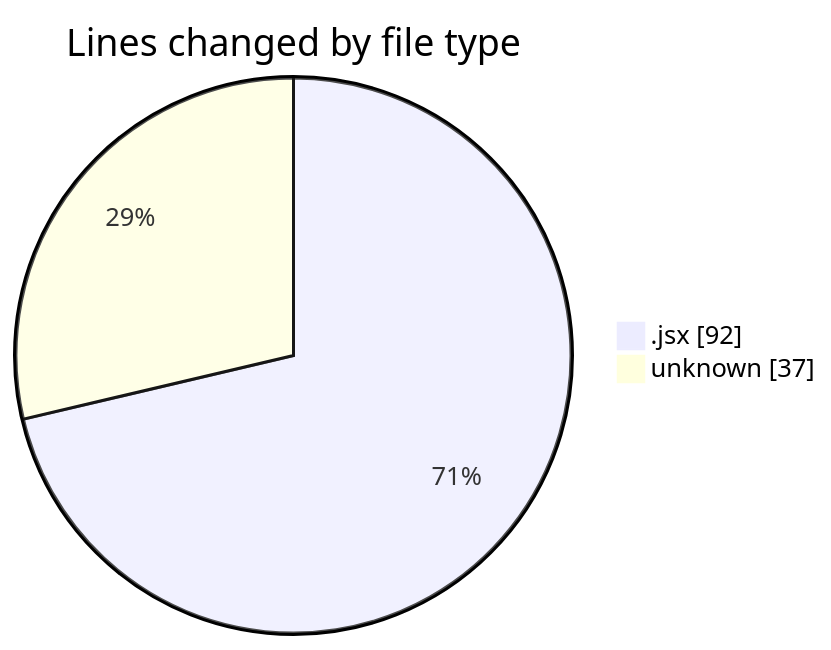
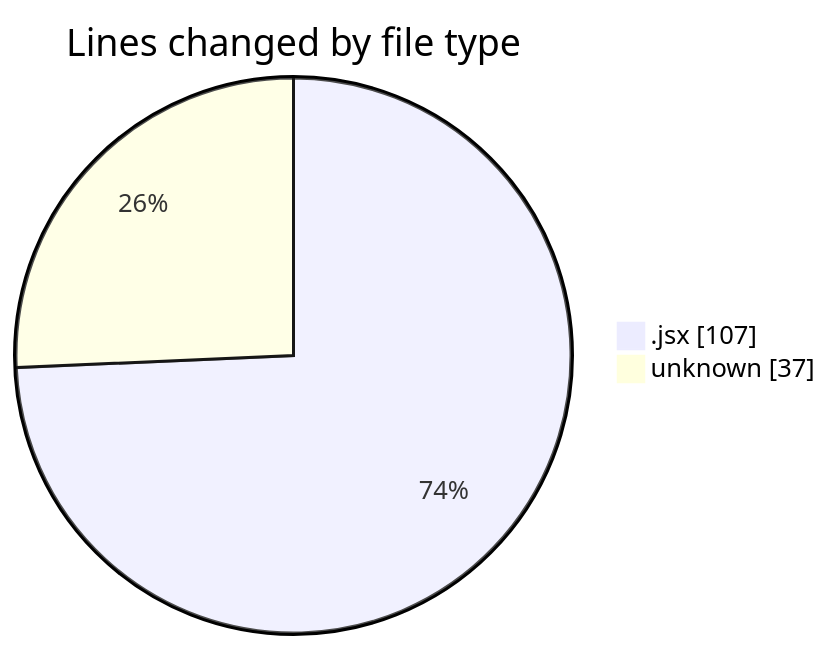
One commit to Elitesun/code-tracking changed the first of 2 diagrams in 2025-02-08/react_ecom/README.md. Above: the diagram before and after it, drawn with Mermaid. The commit also changed other lines of this file and 1 other file, not shown here.

````diff
--- a/2025-02-08/react_ecom/README.md
+++ b/2025-02-08/react_ecom/README.md
@@ -21,6 +21,6 @@
 ```mermaid
 pie showData
 title Lines changed by file type
-".jsx" : 92
+".jsx" : 107
 "unknown" : 37
 ```
````
